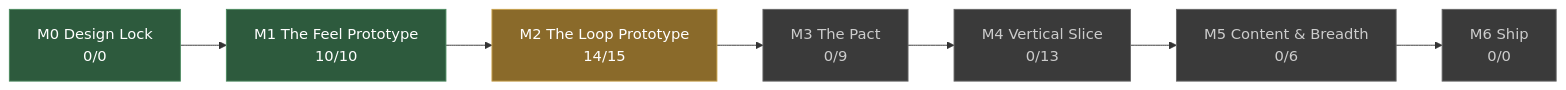
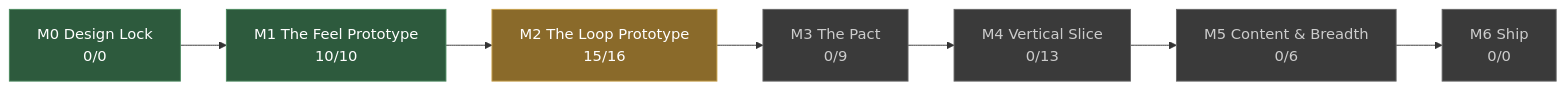
One commit to JoshuaGessner/she changed the diagram in docs/STATUS.md. Above: the diagram before and after it, drawn with Mermaid. The commit also changed other lines of this file and 14 other files, not shown here.

````diff
--- a/docs/STATUS.md
+++ b/docs/STATUS.md
@@ -13,19 +13,19 @@
 ```mermaid
 flowchart LR
   M0["M0 Design Lock<br/>0/0"]:::passed
   M1["M1 The Feel Prototype<br/>10/10"]:::passed
   M0 --> M1
-  M2["M2 The Loop Prototype<br/>14/15"]:::current
+  M2["M2 The Loop Prototype<br/>15/16"]:::current
   M1 --> M2
   M3["M3 The Pact<br/>0/9"]:::ahead
   M2 --> M3
   M4["M4 Vertical Slice<br/>0/13"]:::ahead
   M3 --> M4
   M5["M5 Content & Breadth<br/>0/6"]:::ahead
   M4 --> M5
   M6["M6 Ship<br/>0/0"]:::ahead
   M5 --> M6
   classDef passed fill:#2d5a3d,stroke:#4a8a5f,color:#fff
   classDef current fill:#8a6a2a,stroke:#c8a04a,color:#fff
   classDef ahead fill:#3a3a3a,stroke:#666,color:#ccc
 ```
````
